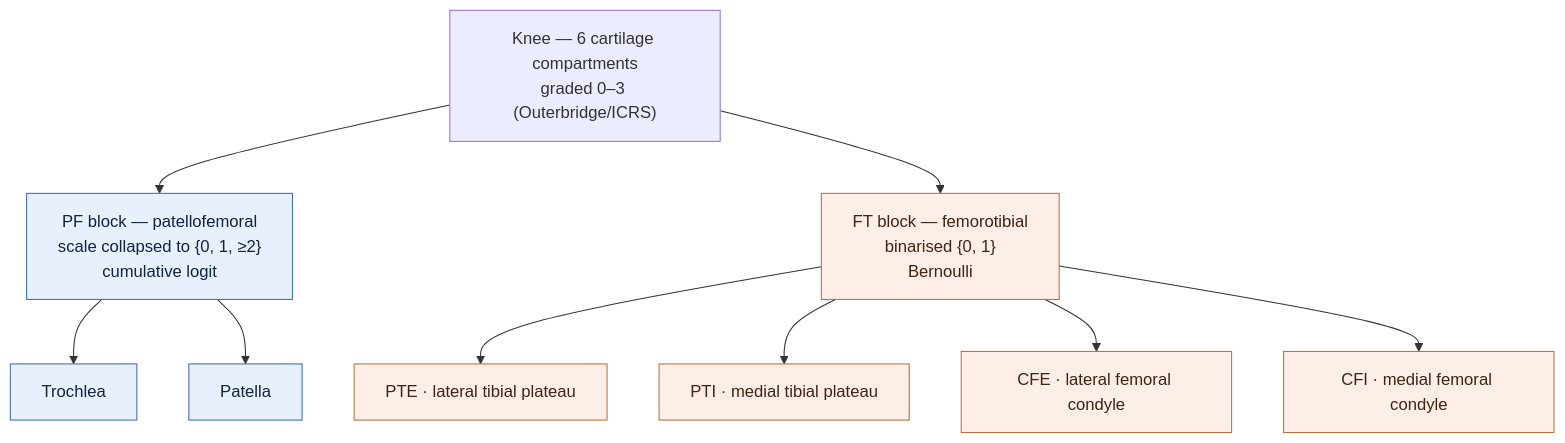
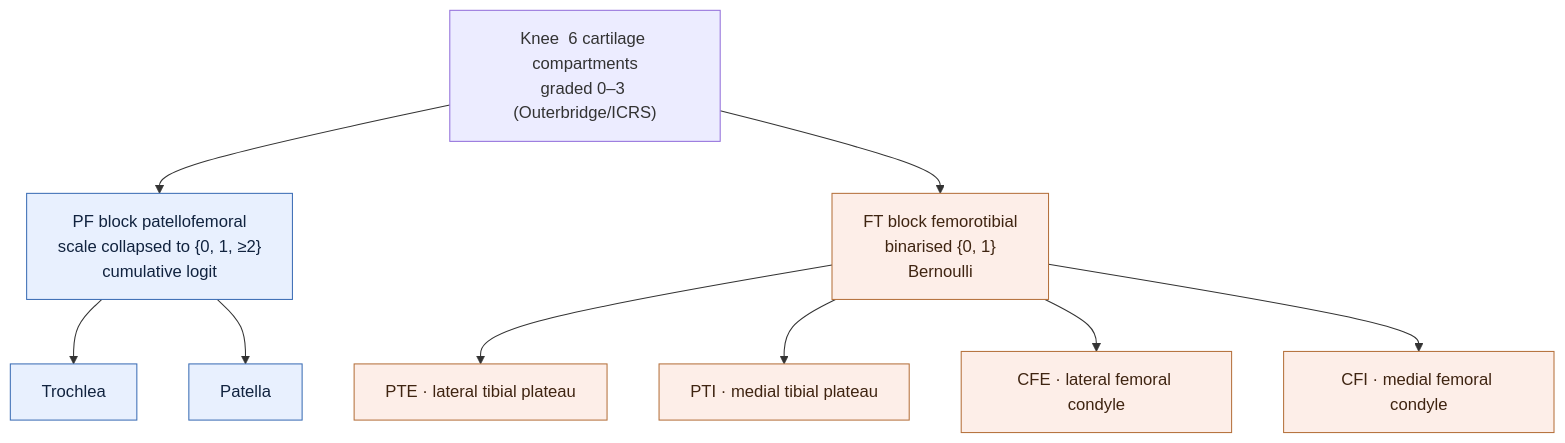
Before and after one commit to TomSOhm/cyclops_lesion_statistics: the third of 7 diagrams in paper/manuscript.md, drawn with Mermaid. The commit also changed other lines of this file and 29 other files, not shown here.

````diff
--- a/paper/manuscript.md
+++ b/paper/manuscript.md
@@ -125,16 +125,16 @@
 ```mermaid
 flowchart TB
-    KNEE["Knee — 6 cartilage compartments<br/>graded 0–3 (Outerbridge/ICRS)"]
-    KNEE --> PF["PF block — patellofemoral<br/>scale collapsed to {0, 1, ≥2}<br/>cumulative logit"]
-    KNEE --> FT["FT block — femorotibial<br/>binarised {0, 1}<br/>Bernoulli"]
+    KNEE["Knee  6 cartilage compartments<br/>graded 0–3 (Outerbridge/ICRS)"]
+    KNEE --> PF["PF block  patellofemoral<br/>scale collapsed to {0, 1, ≥2}<br/>cumulative logit"]
+    KNEE --> FT["FT block  femorotibial<br/>binarised {0, 1}<br/>Bernoulli"]
     PF --> T["Trochlea"]
     PF --> P["Patella"]
     FT --> PTE["PTE · lateral tibial plateau"]
     FT --> PTI["PTI · medial tibial plateau"]
     FT --> CFE["CFE · lateral femoral condyle"]
     FT --> CFI["CFI · medial femoral condyle"]
     classDef pf fill:#e8f0fe,stroke:#3b6db5,color:#11233f;
     classDef ft fill:#fdeee8,stroke:#b5703b,color:#3f2411;
     class PF,T,P pf;
     class FT,PTE,PTI,CFE,CFI ft;
 ```
````
